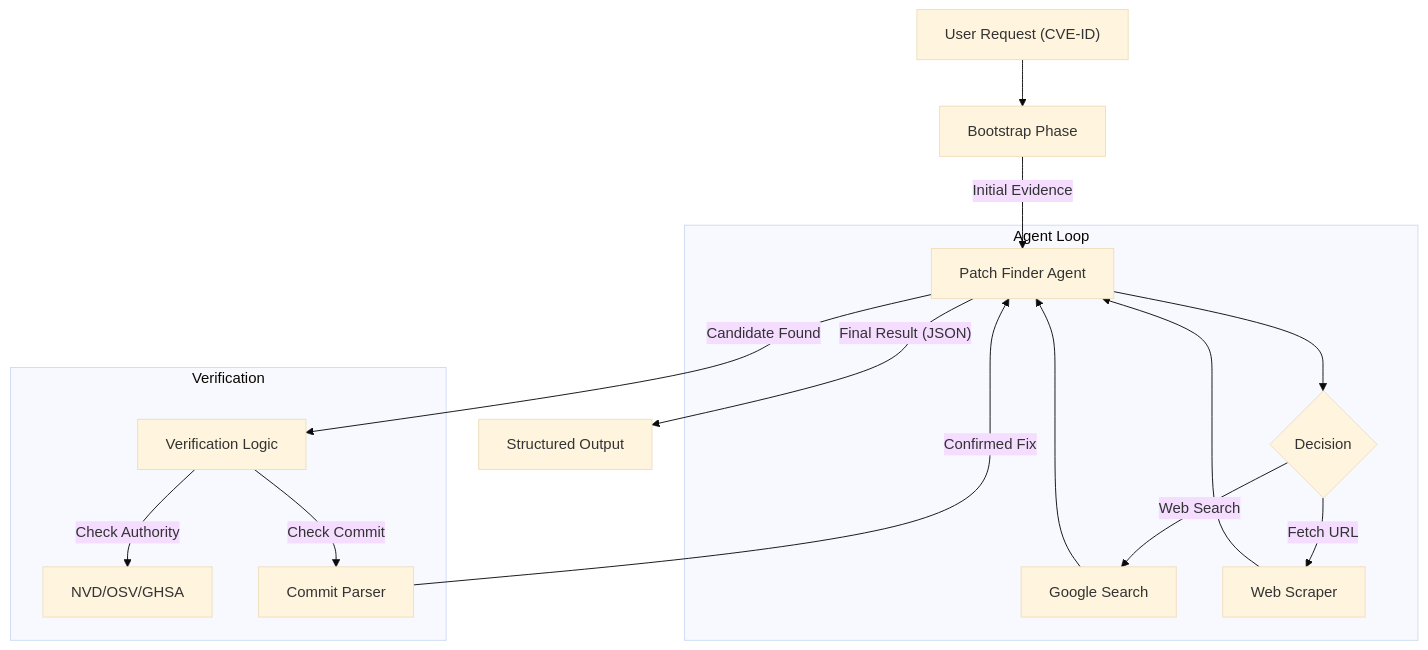
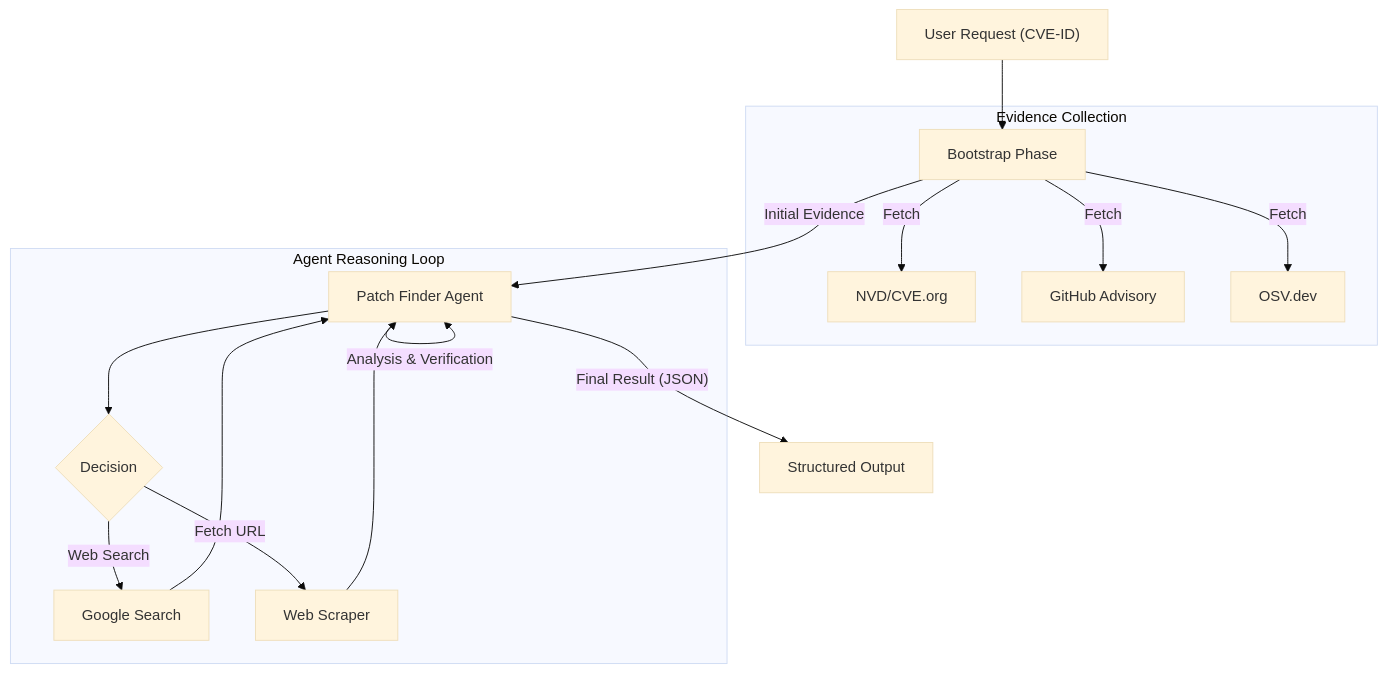
One commit to andreyka/patch-finder changed the diagram in README.md. Above: the diagram before and after it, drawn with Mermaid (base theme). The commit also changed other lines of this file, not shown here.

````diff
--- a/README.md
+++ b/README.md
@@ -13,23 +13,23 @@
 ```mermaid
 graph TD
     User["User Request (CVE-ID)"] --> Bootstrap["Bootstrap Phase"]
+    
+    subgraph "Evidence Collection"
+    Bootstrap -- "Fetch" --> NVD["NVD/CVE.org"]
+    Bootstrap -- "Fetch" --> GHSA["GitHub Advisory"]
+    Bootstrap -- "Fetch" --> OSV["OSV.dev"]
+    end
+    
     Bootstrap -- "Initial Evidence" --> Agent["Patch Finder Agent"]
     
-    subgraph "Agent Loop"
+    subgraph "Agent Reasoning Loop"
     Agent --> ToolCall{"Decision"}
     ToolCall -- "Web Search" --> Search["Google Search"]
     ToolCall -- "Fetch URL" --> Fetch["Web Scraper"]
     Search --> Agent
     Fetch --> Agent
     end
-
-    Agent -- "Candidate Found" --> Verifier["Verification Logic"]
     
-    subgraph "Verification"
-    Verifier -- "Check Authority" --> NVD["NVD/OSV/GHSA"]
-    Verifier -- "Check Commit" --> CommitParse["Commit Parser"]
-    end
-    
-    CommitParse -- "Confirmed Fix" --> Agent
+    Agent -- "Analysis & Verification" --> Agent
     Agent -- "Final Result (JSON)" --> Output["Structured Output"]
 ```
````
